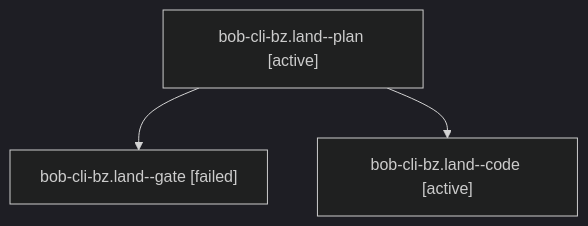
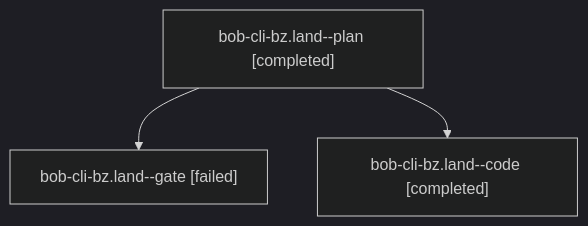
Before and after one commit to bobs-org/bob-cli--agents: the diagram in sessions/bbugyi200.athena.bob-cli-bz.land.md, drawn with Mermaid (dark theme). The commit also changed other lines of this file and 711 other files, not shown here.

````diff
--- a/sessions/bbugyi200.athena.bob-cli-bz.land.md
+++ b/sessions/bbugyi200.athena.bob-cli-bz.land.md
@@ -9,8 +9,8 @@
 ```mermaid
 flowchart TD
-  n0["bob-cli-bz.land--plan [active]"]
+  n0["bob-cli-bz.land--plan [completed]"]
   n1["bob-cli-bz.land--gate [failed]"]
   n0 --> n1
-  n2["bob-cli-bz.land--code [active]"]
+  n2["bob-cli-bz.land--code [completed]"]
   n0 --> n2
 ```
````
